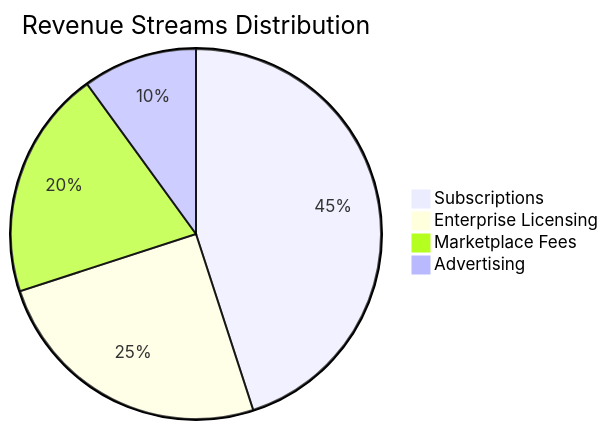
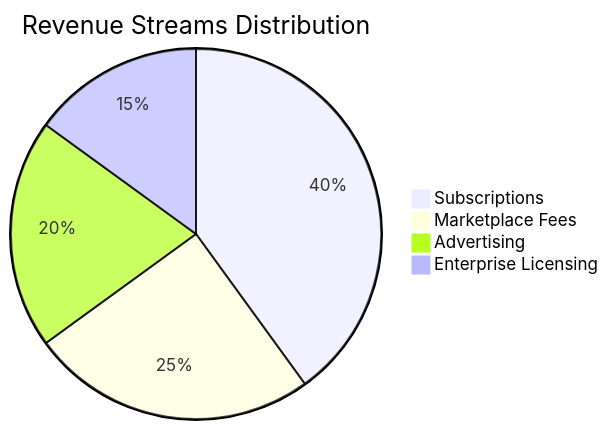
One commit to saikanov/ridwan-curhat changed the fourth of 5 diagrams in README.md. Above: the diagram before and after it, drawn with Mermaid. The commit also changed other lines of this file, not shown here.

````diff
--- a/README.md
+++ b/README.md
@@ -161,8 +95,8 @@
 ```mermaid
 pie
     title Revenue Streams Distribution
-    "Subscriptions": 45
-    "Enterprise Licensing": 25
-    "Marketplace Fees": 20
-    "Advertising": 10
+    "Subscriptions": 40
+    "Marketplace Fees": 25
+    "Advertising": 20
+    "Enterprise Licensing": 15
 ```
````
